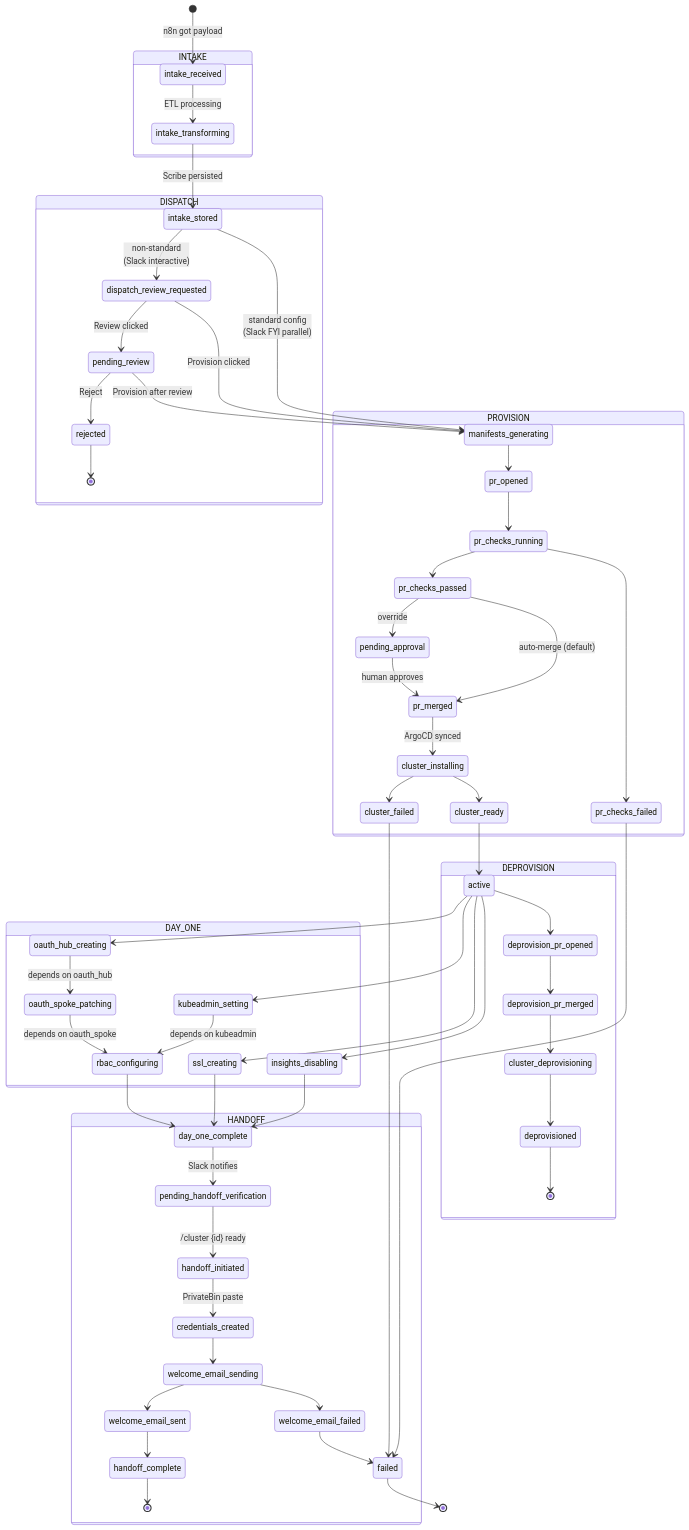
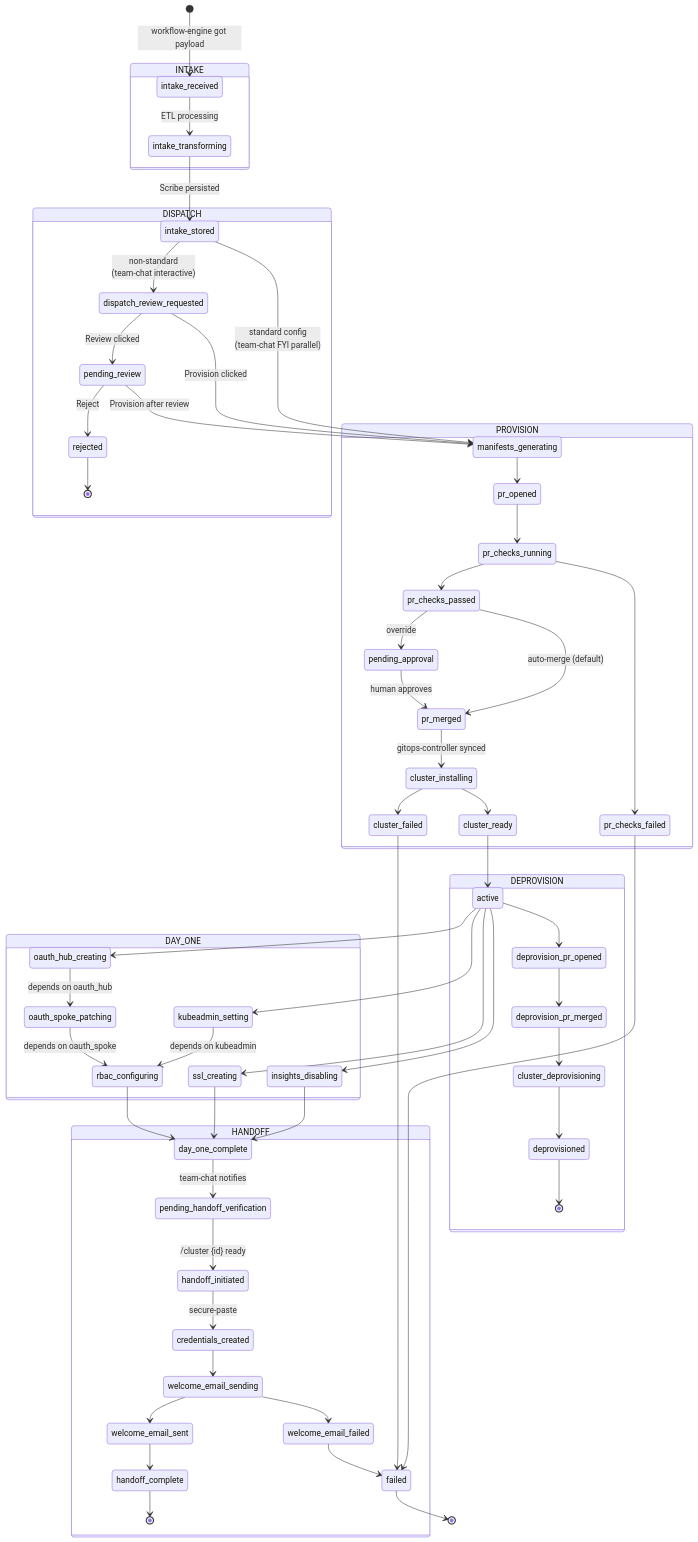
One commit to redhat-openshift-partner-labs/queue changed the second of 7 diagrams in REFERENCE.md. Above: the diagram before and after it, drawn with Mermaid. The commit also changed other lines of this file and 1 other file, not shown here.

````diff
--- a/REFERENCE.md
+++ b/REFERENCE.md
@@ -97,72 +97,72 @@
 ```mermaid
 stateDiagram-v2
-    [*] --> intake_received: n8n got payload
+    [*] --> intake_received: workflow-engine got payload
 
     state INTAKE {
         intake_received --> intake_transforming: ETL processing
         intake_transforming --> intake_stored: Scribe persisted
     }
 
     state DISPATCH {
-        intake_stored --> manifests_generating: standard config<br/>(Slack FYI parallel)
-        intake_stored --> dispatch_review_requested: non-standard<br/>(Slack interactive)
+        intake_stored --> manifests_generating: standard config<br/>(team-chat FYI parallel)
+        intake_stored --> dispatch_review_requested: non-standard<br/>(team-chat interactive)
         dispatch_review_requested --> manifests_generating: Provision clicked
         dispatch_review_requested --> pending_review: Review clicked
         pending_review --> manifests_generating: Provision after review
         pending_review --> rejected: Reject
         rejected --> [*]
     }
 
     state PROVISION {
         manifests_generating --> pr_opened
         pr_opened --> pr_checks_running
         pr_checks_running --> pr_checks_passed
         pr_checks_running --> pr_checks_failed
         pr_checks_passed --> pr_merged: auto-merge (default)
         pr_checks_passed --> pending_approval: override
         pending_approval --> pr_merged: human approves
         pr_checks_failed --> failed
-        pr_merged --> cluster_installing: ArgoCD synced
+        pr_merged --> cluster_installing: gitops-controller synced
         cluster_installing --> cluster_ready
         cluster_installing --> cluster_failed
         cluster_failed --> failed
         cluster_ready --> active
     }
 
     state DAY_ONE {
         active --> insights_disabling
         active --> ssl_creating
         active --> oauth_hub_creating
         active --> kubeadmin_setting
 
         oauth_hub_creating --> oauth_spoke_patching: depends on oauth_hub
         kubeadmin_setting --> rbac_configuring: depends on kubeadmin
         oauth_spoke_patching --> rbac_configuring: depends on oauth_spoke
 
         insights_disabling --> day_one_complete
         ssl_creating --> day_one_complete
         rbac_configuring --> day_one_complete
     }
 
     state HANDOFF {
-        day_one_complete --> pending_handoff_verification: Slack notifies
+        day_one_complete --> pending_handoff_verification: team-chat notifies
         pending_handoff_verification --> handoff_initiated: /cluster {id} ready
-        handoff_initiated --> credentials_created: PrivateBin paste
+        handoff_initiated --> credentials_created: secure-paste
         credentials_created --> welcome_email_sending
         welcome_email_sending --> welcome_email_sent
         welcome_email_sending --> welcome_email_failed
         welcome_email_sent --> handoff_complete
         welcome_email_failed --> failed
         handoff_complete --> [*]
     }
 
     state DEPROVISION {
         active --> deprovision_pr_opened
         deprovision_pr_opened --> deprovision_pr_merged
         deprovision_pr_merged --> cluster_deprovisioning
         cluster_deprovisioning --> deprovisioned
         deprovisioned --> [*]
     }
 
     failed --> [*]
 ```
````
